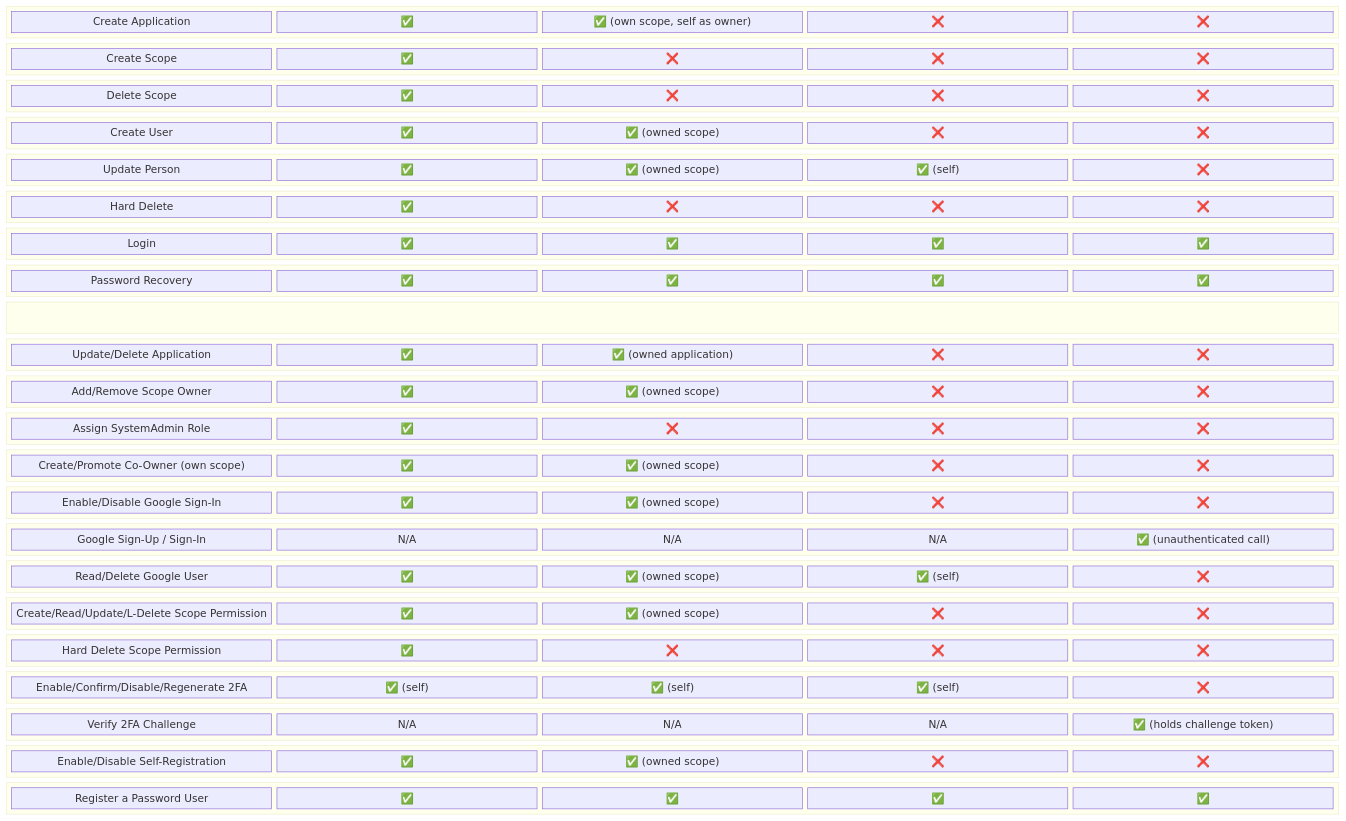
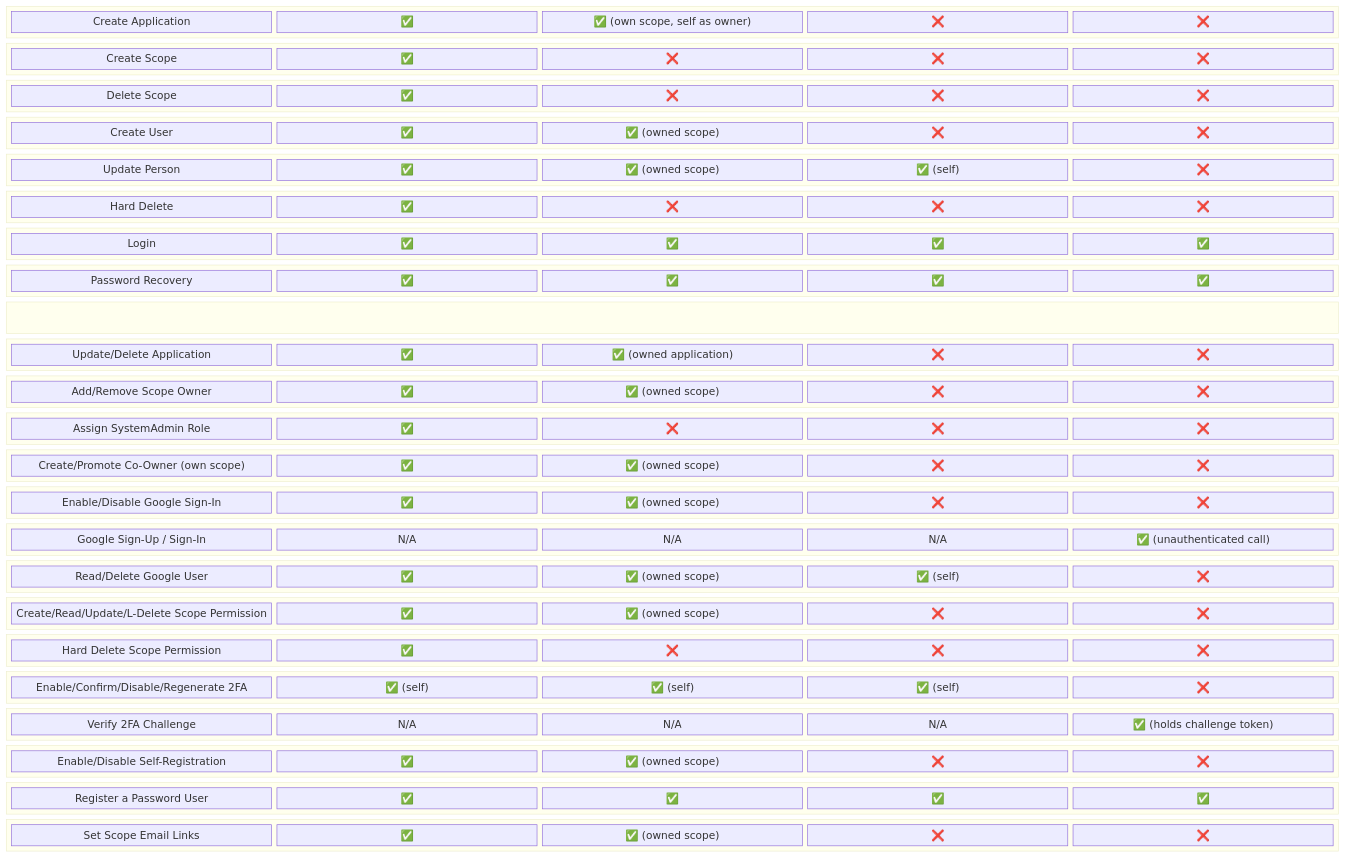
The third of 4 diagrams in docs/requirements/System Requirements Document.md (artur-rios/heimdall-api), drawn with Mermaid before and after one commit. The commit also changed other lines of this file and 4 other files, not shown here.

First line of the commit message:
docs: document per-scope email links

````diff
--- a/docs/requirements/System Requirements Document.md
+++ b/docs/requirements/System Requirements Document.md
@@ -867,70 +871,73 @@
 ```mermaid
 block-beta
     columns 5
     block:header:5
         H1["Action"] H2["SystemAdmin"] H3["ScopeAdmin"] H4["User"] H5["Anonymous"]
     end
     block:row1:5
         A1["Create Scope"] A2["✅"] A3["❌"] A4["❌"] A5["❌"]
     end
     block:row2:5
         B1["Delete Scope"] B2["✅"] B3["❌"] B4["❌"] B5["❌"]
     end
     block:row3:5
         C1["Create User"] C2["✅"] C3["✅ (owned scope)"] C4["❌"] C5["❌"]
     end
     block:row4:5
         D1["Update Person"] D2["✅"] D3["✅ (owned scope)"] D4["✅ (self)"] D5["❌"]
     end
     block:row5:5
         E1["Hard Delete"] E2["✅"] E3["❌"] E4["❌"] E5["❌"]
     end
     block:row6:5
         F1["Login"] F2["✅"] F3["✅"] F4["✅"] F5["✅"]
     end
     block:row7:5
         G1["Password Recovery"] G2["✅"] G3["✅"] G4["✅"] G5["✅"]
     end
     block:row8:5
         H1["Create Application"] H2["✅"] H3["✅ (own scope, self as owner)"] H4["❌"] H5["❌"]
     end
     block:row9:5
         I1["Update/Delete Application"] I2["✅"] I3["✅ (owned application)"] I4["❌"] I5["❌"]
     end
     block:row10:5
         J1["Add/Remove Scope Owner"] J2["✅"] J3["✅ (owned scope)"] J4["❌"] J5["❌"]
     end
     block:row11:5
         K1["Assign SystemAdmin Role"] K2["✅"] K3["❌"] K4["❌"] K5["❌"]
     end
     block:row12:5
         L1["Create/Promote Co-Owner (own scope)"] L2["✅"] L3["✅ (owned scope)"] L4["❌"] L5["❌"]
     end
     block:row13:5
         M1["Enable/Disable Google Sign-In"] M2["✅"] M3["✅ (owned scope)"] M4["❌"] M5["❌"]
     end
     block:row14:5
         N1["Google Sign-Up / Sign-In"] N2["N/A"] N3["N/A"] N4["N/A"] N5["✅ (unauthenticated call)"]
     end
     block:row15:5
         O1["Read/Delete Google User"] O2["✅"] O3["✅ (owned scope)"] O4["✅ (self)"] O5["❌"]
     end
     block:row16:5
         P1["Create/Read/Update/L-Delete Scope Permission"] P2["✅"] P3["✅ (owned scope)"] P4["❌"] P5["❌"]
     end
     block:row17:5
         Q1["Hard Delete Scope Permission"] Q2["✅"] Q3["❌"] Q4["❌"] Q5["❌"]
     end
     block:row18:5
         R1["Enable/Confirm/Disable/Regenerate 2FA"] R2["✅ (self)"] R3["✅ (self)"] R4["✅ (self)"] R5["❌"]
     end
     block:row19:5
         S1["Verify 2FA Challenge"] S2["N/A"] S3["N/A"] S4["N/A"] S5["✅ (holds challenge token)"]
     end
     block:row20:5
         T1["Enable/Disable Self-Registration"] T2["✅"] T3["✅ (owned scope)"] T4["❌"] T5["❌"]
     end
     block:row21:5
         U1["Register a Password User"] U2["✅"] U3["✅"] U4["✅"] U5["✅"]
     end
+    block:row22:5
+        V1["Set Scope Email Links"] V2["✅"] V3["✅ (owned scope)"] V4["❌"] V5["❌"]
+    end
 ```
````
